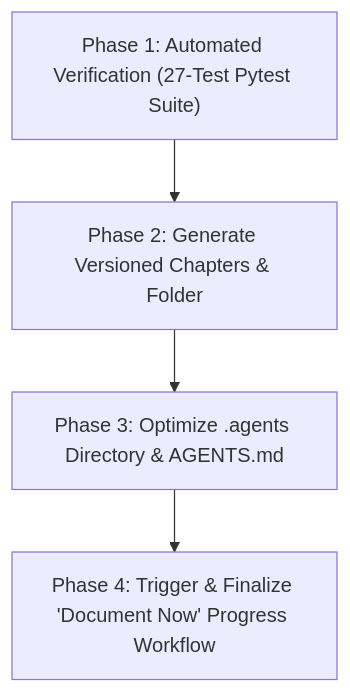
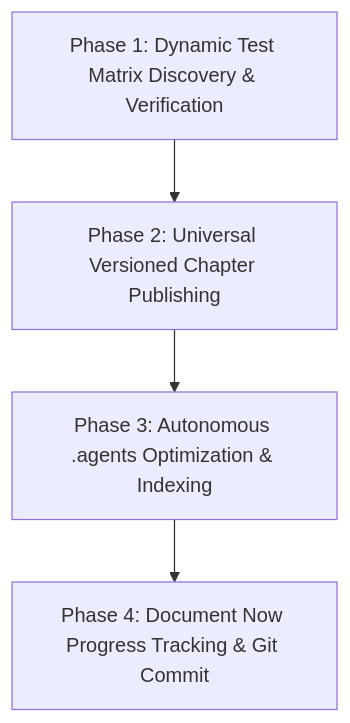
Before and after one commit to pmd742omni/2026-02-15-Sun-2055-Modular-Adaptive-Data-Node--MAD---Node--for-Dynamic-Value-Systems: the diagram in .agents/skills/dynamic-value-milestone/SKILL.md, drawn with Mermaid. The commit also changed other lines of this file and 101 other files, not shown here.

Commit message:
2026-08-25 Tue 1714: Universal Milestone Release Performance Optimization and Static Test Counter Integration

````diff
--- a/.agents/skills/dynamic-value-milestone/SKILL.md
+++ b/.agents/skills/dynamic-value-milestone/SKILL.md
@@ -29,6 +29,6 @@
 ```mermaid
 flowchart TD
-    A["Phase 1: Automated Verification (27-Test Pytest Suite)"] --> B["Phase 2: Generate Versioned Chapters & Folder"]
-    B --> C["Phase 3: Optimize .agents Directory & AGENTS.md"]
-    C --> D["Phase 4: Trigger & Finalize 'Document Now' Progress Workflow"]
+    A["Phase 1: Dynamic Test Matrix Discovery & Verification"] --> B["Phase 2: Universal Versioned Chapter Publishing"]
+    B --> C["Phase 3: Autonomous .agents Optimization & Indexing"]
+    C --> D["Phase 4: Document Now Progress Tracking & Git Commit"]
 ```
````
